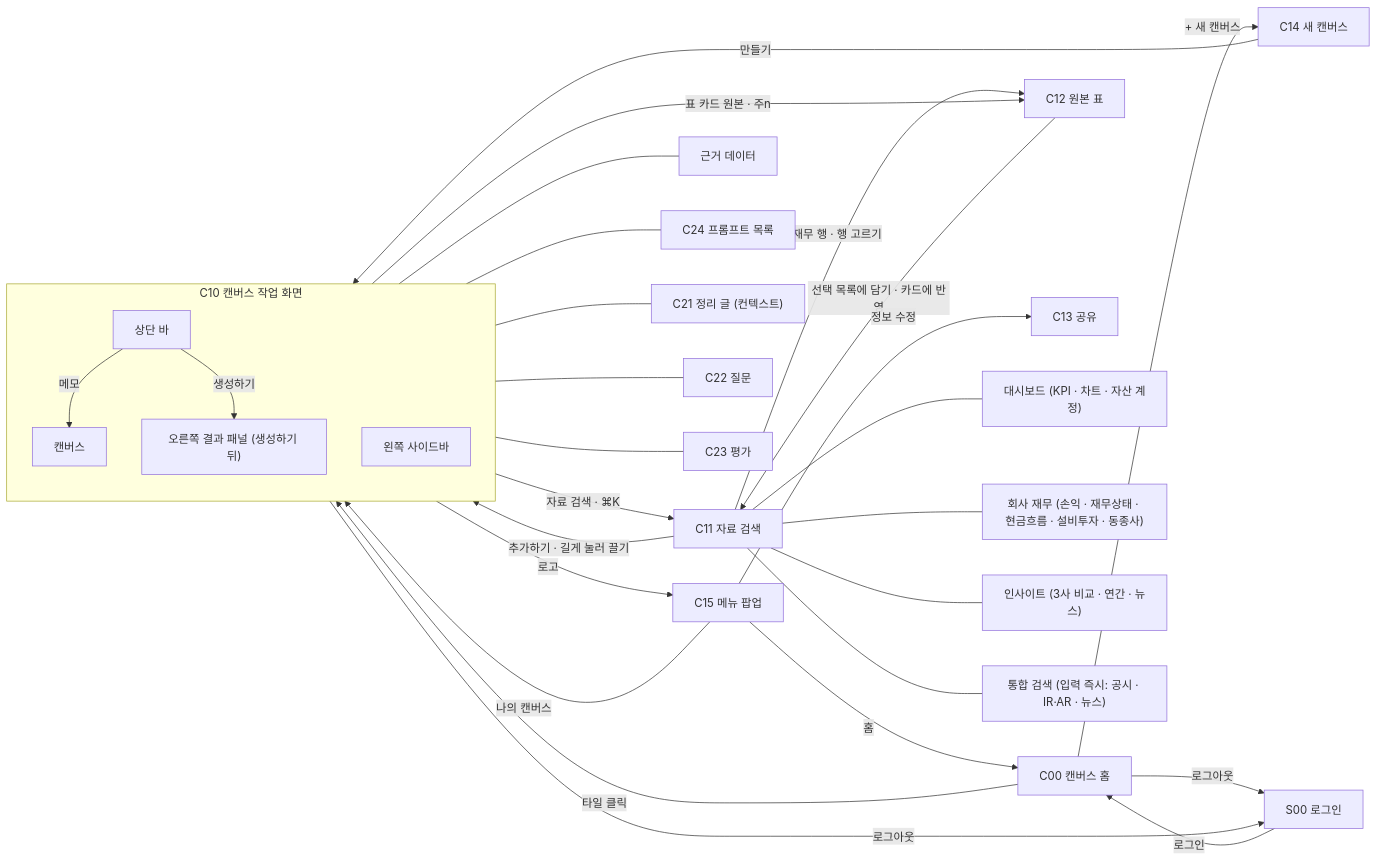
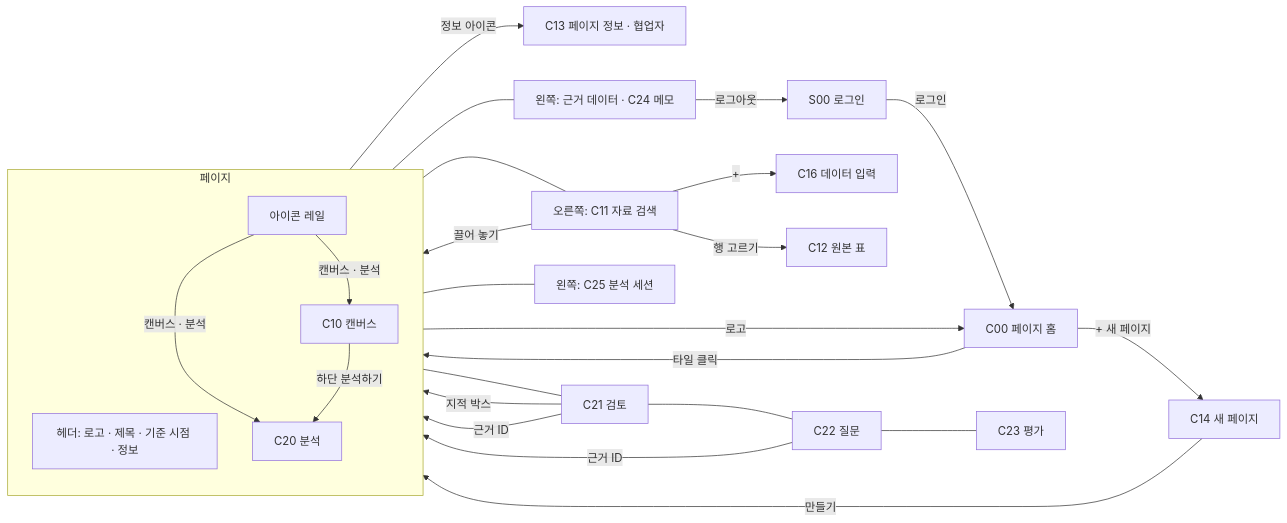
The first of 7 diagrams in docs/frontend/ia.md (vamos-team/telescope), drawn with Mermaid before and after one commit. The commit also changed other lines of this file and 8 other files, not shown here.

````diff
--- a/docs/frontend/ia.md
+++ b/docs/frontend/ia.md
@@ -68,39 +72,30 @@
 ```mermaid
 flowchart LR
-  S00["S00 로그인"] -->|로그인| C00["C00 캔버스 홈"]
-  C00 -->|"타일 클릭"| C10
-  C00 -->|"+ 새 캔버스"| C14["C14 새 캔버스"]
-  C14 -->|"만들기"| C10
+  S00["S00 로그인"] -->|로그인| C00["C00 페이지 홈"]
+  C00 -->|"타일 클릭"| P
+  C00 -->|"+ 새 페이지"| C14["C14 새 페이지"]
+  C14 -->|"만들기"| P
 
-  subgraph C10["C10 캔버스 작업 화면"]
+  subgraph P["페이지"]
     direction TB
-    B["상단 바"]
-    LP["왼쪽 사이드바"]
-    CV["캔버스"]
-    RP["오른쪽 결과 패널 (생성하기 뒤)"]
+    H["헤더: 로고 · 제목 · 기준 시점 · 정보"]
+    R["아이콘 레일"]
+    C10["C10 캔버스"]
+    C20["C20 분석"]
   end
 
-  B -->|"자료 검색 · ⌘K"| C11["C11 자료 검색"]
-  B -->|"메모"| CV
-  B -->|"생성하기"| RP
-  C11 -->|"재무 행 · 행 고르기"| C12["C12 원본 표"]
-  CV -->|"표 카드 원본 · 주n"| C12
-  C11 -->|"추가하기 · 길게 눌러 끌기"| CV
-  C12 -->|"선택 목록에 담기 · 카드에 반영"| C11
-  B -->|"로고"| C15["C15 메뉴 팝업"]
-  C15 -->|"홈"| C00
-  C15 -->|"나의 캔버스"| C10
-  C15 -->|"정보 수정"| C13["C13 공유"]
+  H -->|"로고"| C00
+  H -->|"정보 아이콘"| C13["C13 페이지 정보 · 협업자"]
+  R -->|"캔버스 · 분석"| C10 & C20
+  C10 --- LP["왼쪽: 근거 데이터 · C24 메모"]
+  C10 --- C11["오른쪽: C11 자료 검색"]
+  C11 -->|"+"| C16["C16 데이터 입력"]
+  C11 -->|"행 고르기"| C12["C12 원본 표"]
+  C11 -->|"끌어 놓기"| C10
+  C10 -->|"하단 분석하기"| C20
+  C20 --- C25["왼쪽: C25 분석 세션"]
+  C20 --- C21["C21 검토"] --- C22["C22 질문"] --- C23["C23 평가"]
+  C21 -->|"지적 박스"| C10
+  C21 & C22 -->|"근거 ID"| C10
   LP -->|"로그아웃"| S00
-  C00 -->|"로그아웃"| S00
-
-  LP --- LP2["근거 데이터"]
-  LP --- C24["C24 프롬프트 목록"]
-  RP --- C21["C21 정리 글 (컨텍스트)"]
-  RP --- C22["C22 질문"]
-  RP --- C23["C23 평가"]
-  C11 --- T1["대시보드 (KPI · 차트 · 자산 계정)"]
-  C11 --- T2["회사 재무 (손익 · 재무상태 · 현금흐름 · 설비투자 · 동종사)"]
-  C11 --- T3["인사이트 (3사 비교 · 연간 · 뉴스)"]
-  C11 --- T4["통합 검색 (입력 즉시: 공시 · IR·AR · 뉴스)"]
 ```
````
